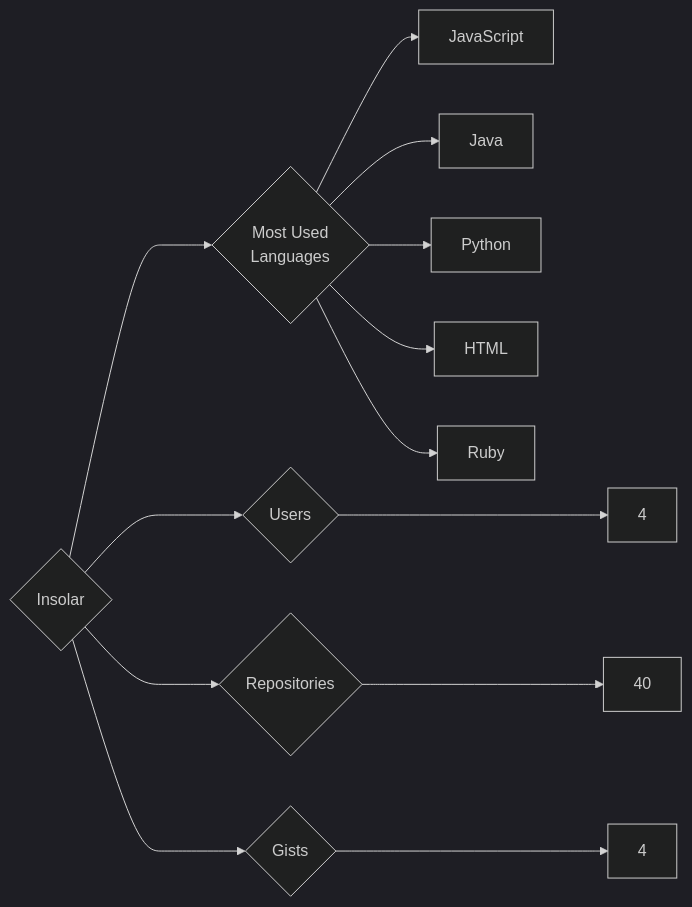
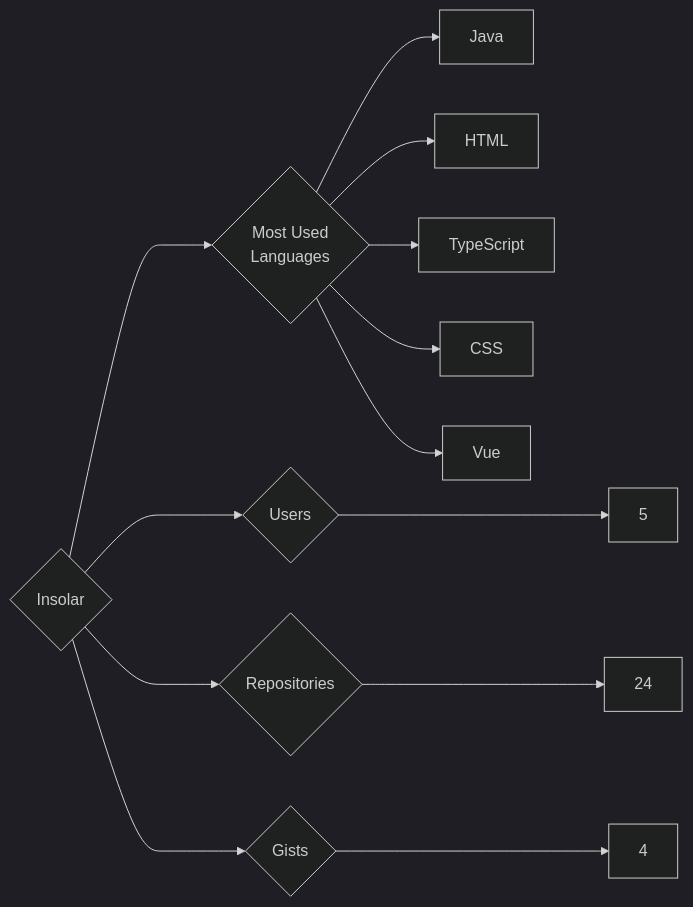
The diagram in targets/Insolar/README.md (trickest/insiders), drawn with Mermaid (dark theme) before and after one commit. The commit also changed 837 other files, not shown here.

````diff
--- a/targets/Insolar/README.md
+++ b/targets/Insolar/README.md
@@ -3,13 +3,13 @@
 ```mermaid
 graph LR
 COMPANY_NAME{Insolar}
-COMPANY_NAME ---> U{Users} ---> UN[4]
-COMPANY_NAME ---> R{Repositories} ---> RN[40]
+COMPANY_NAME ---> U{Users} ---> UN[5]
+COMPANY_NAME ---> R{Repositories} ---> RN[24]
 COMPANY_NAME ---> G{Gists} ---> GN[4]
 COMPANY_NAME ---> ML{Most Used<br>Languages}
-ML --> JavaScript[JavaScript]
 ML --> Java[Java]
-ML --> Python[Python]
 ML --> HTML[HTML]
-ML --> Ruby[Ruby]
+ML --> TypeScript[TypeScript]
+ML --> CSS[CSS]
+ML --> Vue[Vue]
 ```
````
